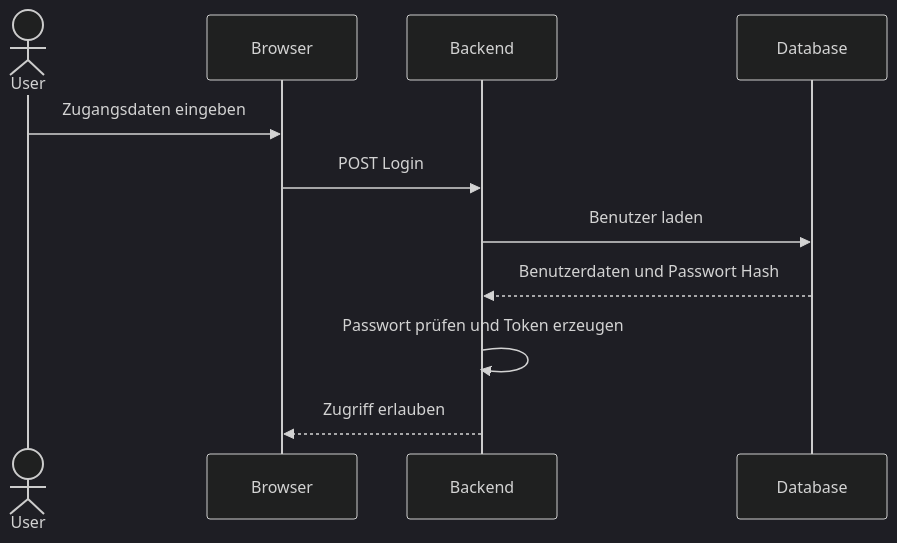
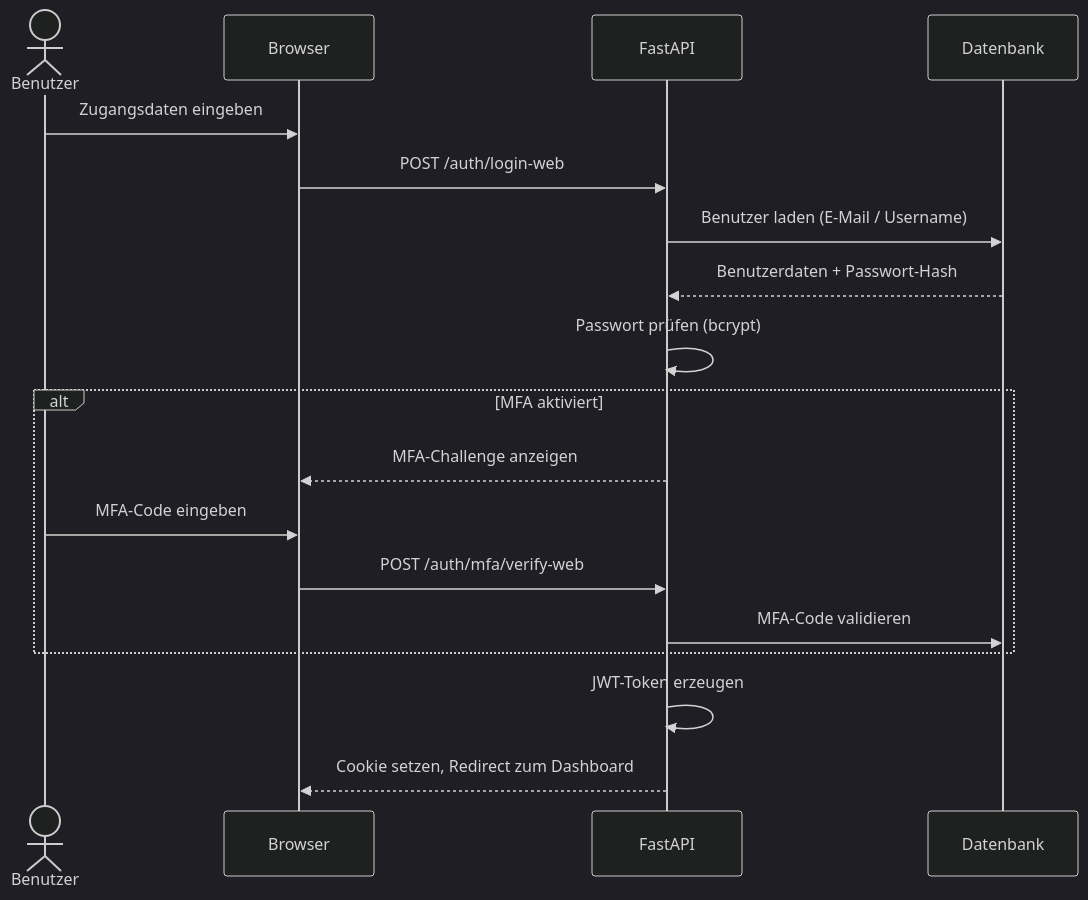
One commit to CHFChris/Dokumentation-zur-Projektarbeit changed the fourth of 5 diagrams in docs/developer/architecture.md. Above: the diagram before and after it, drawn with Mermaid (dark theme). The commit also changed other lines of this file and 19 other files, not shown here.

````diff
--- a/docs/developer/architecture.md
+++ b/docs/developer/architecture.md
@@ -53,13 +110,23 @@
 ```mermaid
 sequenceDiagram
-    actor User
+    actor User as Benutzer
     participant Browser
-    participant Backend
-    participant Database
+    participant Backend as FastAPI
+    participant DB as Datenbank
+
     User->>Browser: Zugangsdaten eingeben
-    Browser->>Backend: POST Login
-    Backend->>Database: Benutzer laden
-    Database-->>Backend: Benutzerdaten und Passwort Hash
-    Backend->>Backend: Passwort prüfen und Token erzeugen
-    Backend-->>Browser: Zugriff erlauben
+    Browser->>Backend: POST /auth/login-web
+    Backend->>DB: Benutzer laden (E-Mail / Username)
+    DB-->>Backend: Benutzerdaten + Passwort-Hash
+    Backend->>Backend: Passwort prüfen (bcrypt)
+
+    alt MFA aktiviert
+        Backend-->>Browser: MFA-Challenge anzeigen
+        User->>Browser: MFA-Code eingeben
+        Browser->>Backend: POST /auth/mfa/verify-web
+        Backend->>DB: MFA-Code validieren
+    end
+
+    Backend->>Backend: JWT-Token erzeugen
+    Backend-->>Browser: Cookie setzen, Redirect zum Dashboard
 ```
````
